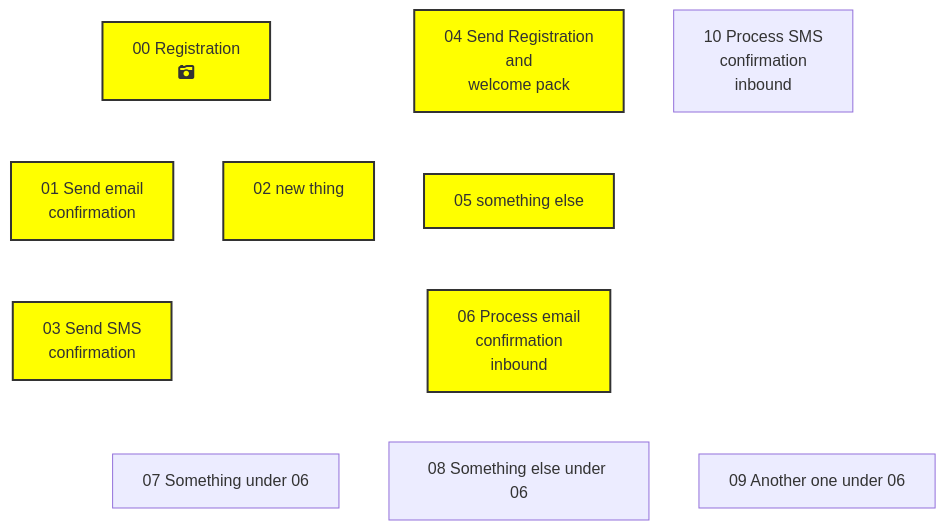
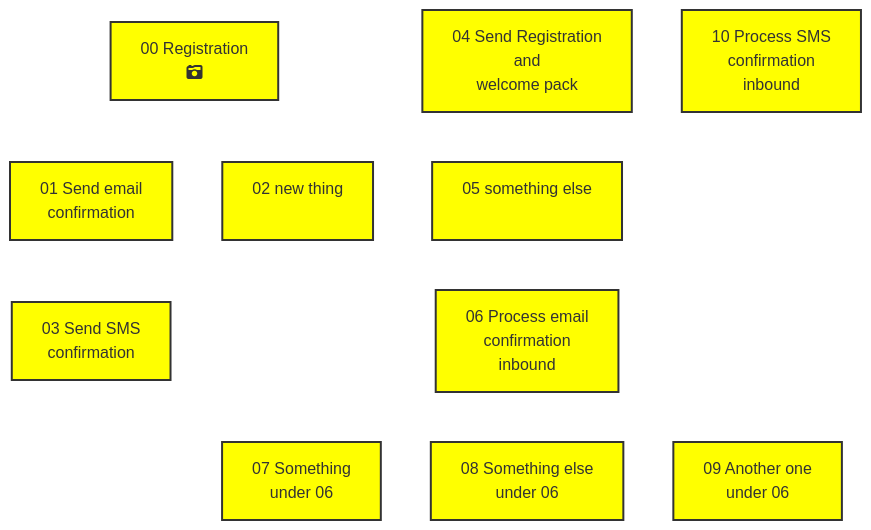
The diagram in User%2DJourneys.md (jimdeane/OpenCCM-wiki), drawn with Mermaid before and after one commit.

Commit message:
Updated User-Journeys

```diff
--- a/User%2DJourneys.md
+++ b/User%2DJourneys.md
@@ -2,31 +2,32 @@
 ::: mermaid
 graph TD;
 id00[00 Registration<br>fa:fa-camera-retro<br>];
+id01[01 Send email<br>confirmation];
+id02[02 new thing<br><br>];
+id03[03 Send SMS<br>confirmation];
+id04[04 Send Registration<br>and<br>welcome pack];
+id05[05 something else<br><br>];
+id06[06 Process email<br>confirmation<br>inbound];
+id07[07 Something<br>under 06]
+id08[08 Something else<br>under 06]
+id09[09 Another one<br>under 06]
+id10[10 Process SMS<br>confirmation<br>inbound];
 id00---id01
 id00---id02
 id01---id03
 id04---id05
+id05---id06
 id06---id07
 id06---id08
 id06---id09
-id01[01 Send email<br>confirmation];
-id02[02 new thing<br><br>];
-id03[03 Send SMS<br>confirmation];
-id04[04 Send Registration<br>and<br>welcome pack];
-id05[05 something else];
-id05---id06[06 Process email<br>confirmation<br>inbound];
-id07[07 Something under 06]
-id08[08 Something else under 06]
-id09[09 Another one under 06]
-id10[10 Process SMS<br>confirmation<br>inbound];
-class id00,id01,id02,id03,id04,id05,id06 sticky;
+class id00,id01,id02,id03,id04,id05,id06,id07,id08,id09,id10 sticky;
 classDef sticky fill:yellow,stroke:#333,stroke-width:2px;
 linkStyle 0 stroke:#FFF,stroke-width:4px,color:red;
 linkStyle 1 stroke:#FFF,stroke-width:4px,color:red;
 linkStyle 2 stroke:#FFF,stroke-width:4px,color:red;
 linkStyle 3 stroke:#FFF,stroke-width:4px,color:red;
 linkStyle 4 stroke:#FFF,stroke-width:4px,color:red;
 linkStyle 5 stroke:#FFF,stroke-width:4px,color:red;
 linkStyle 6 stroke:#FFF,stroke-width:4px,color:red;
 linkStyle 7 stroke:#FFF,stroke-width:4px,color:red;
 :::
```
